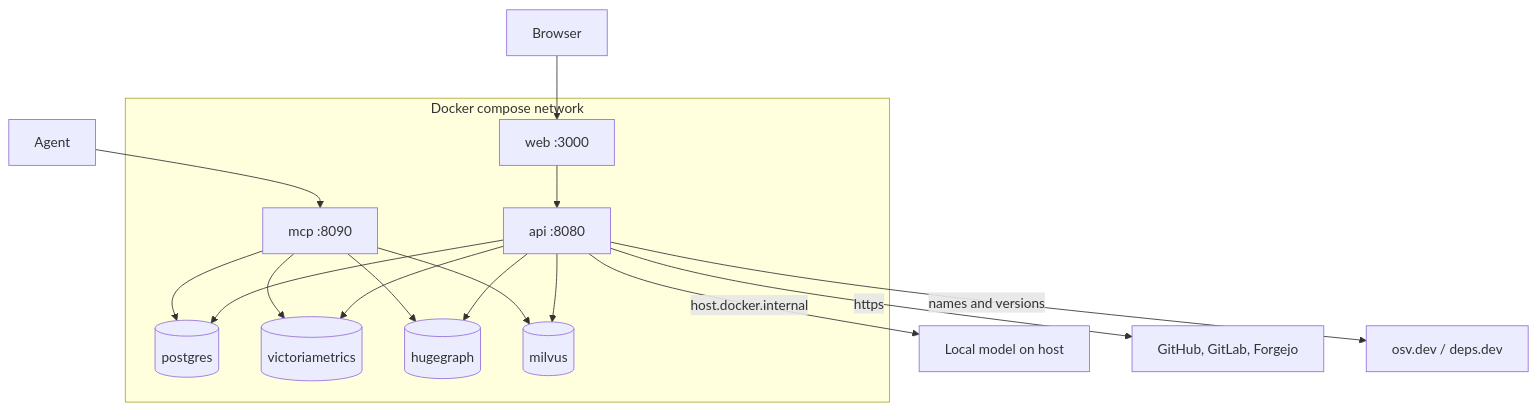
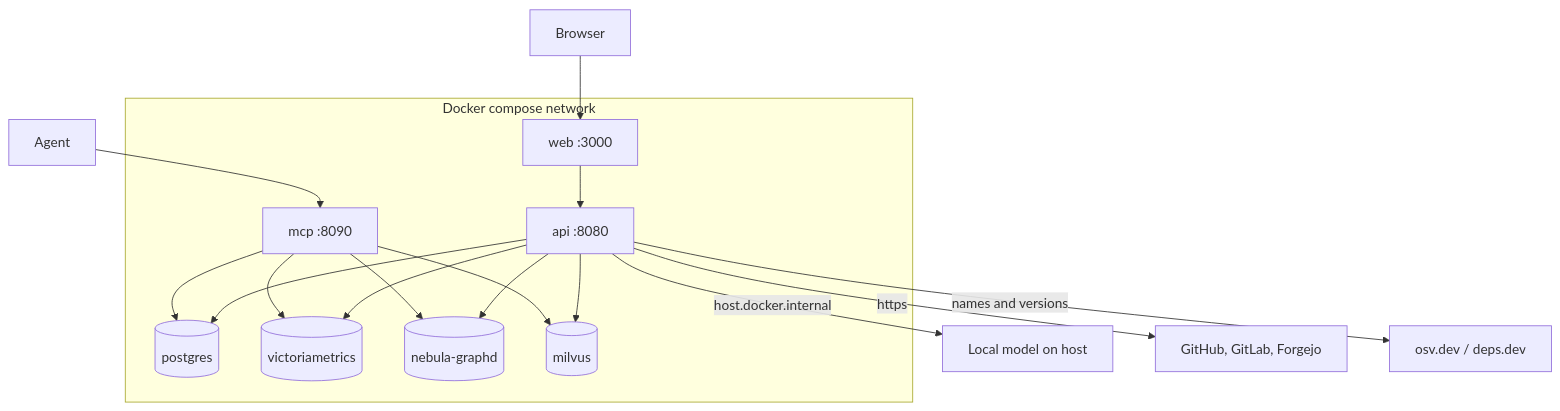
One commit to astrona-io/codesynapse changed the first of 4 diagrams in docs/operations/running.md. Above: the diagram before and after it, drawn with Mermaid. The commit also changed other lines of this file and 75 other files, not shown here.

````diff
--- a/docs/operations/running.md
+++ b/docs/operations/running.md
@@ -36,26 +36,26 @@
 ```mermaid
 flowchart TB
     subgraph host[Docker compose network]
         web[web :3000]
         api[api :8080]
         mcp[mcp :8090]
         pg[(postgres)]
         vm[(victoriametrics)]
-        hg[(hugegraph)]
+        hg[(nebula-graphd)]
         mv[(milvus)]
     end
     user[Browser] --> web
     agent[Agent] --> mcp
     web --> api
     api --> hg
     mcp --> hg
     api --> mv
     mcp --> mv
     api --> pg
     mcp --> pg
     api --> vm
     mcp --> vm
     api -- host.docker.internal --> llm[Local model on host]
     api -- https --> forge[GitHub, GitLab, Forgejo]
     api -- names and versions --> osv[osv.dev / deps.dev]
 ```
````
